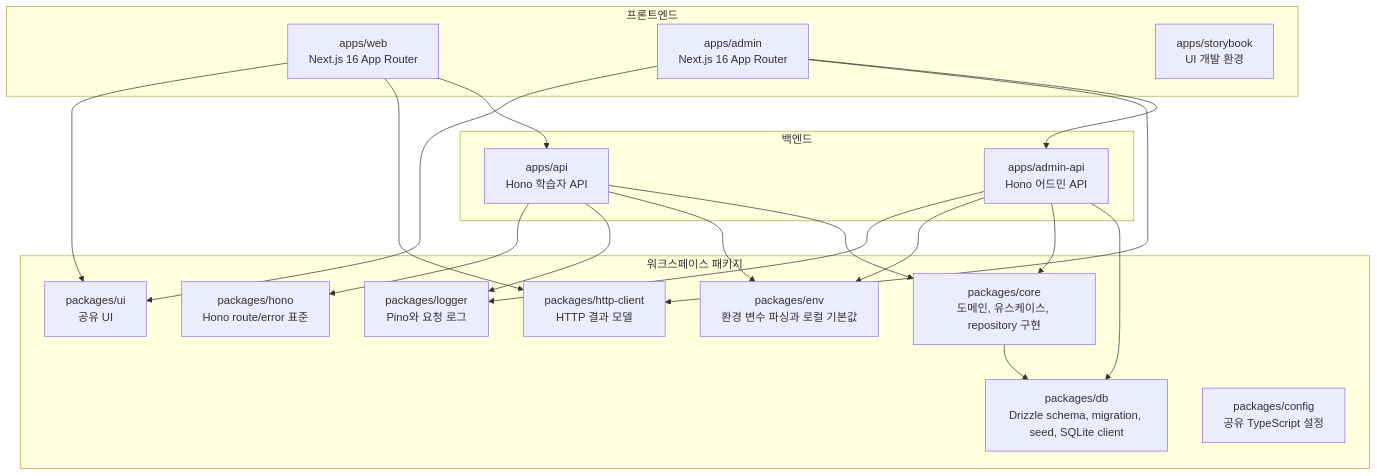
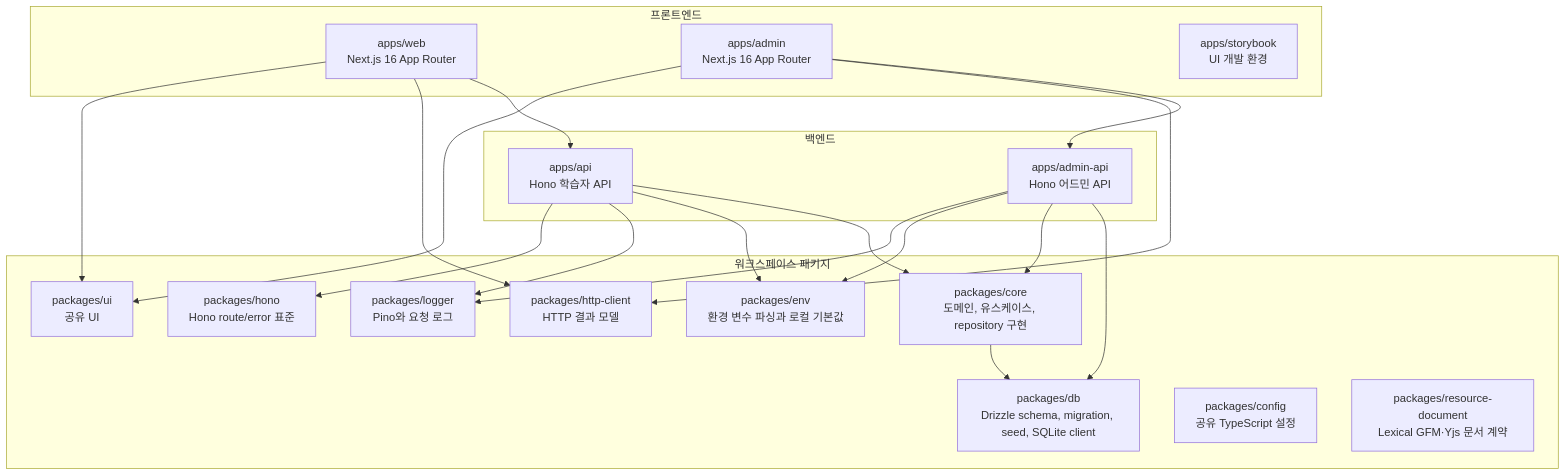
Before and after one commit to qaws7791/writing-app: the second of 2 diagrams in docs/engineering/system-overview.md, drawn with Mermaid. The commit also changed other lines of this file and 30 other files, not shown here.

````diff
--- a/docs/engineering/system-overview.md
+++ b/docs/engineering/system-overview.md
@@ -35,40 +35,41 @@
 ```mermaid
 flowchart TB
   subgraph frontend["프론트엔드"]
     web["apps/web\nNext.js 16 App Router"]
     admin["apps/admin\nNext.js 16 App Router"]
     storybook["apps/storybook\nUI 개발 환경"]
   end
 
   subgraph backend["백엔드"]
     api["apps/api\nHono 학습자 API"]
     adminApi["apps/admin-api\nHono 어드민 API"]
   end
 
   subgraph packages["워크스페이스 패키지"]
     core["packages/core\n도메인, 유스케이스, repository 구현"]
     dbpkg["packages/db\nDrizzle schema, migration, seed, SQLite client"]
     ui["packages/ui\n공유 UI"]
     config["packages/config\n공유 TypeScript 설정"]
     hono["packages/hono\nHono route/error 표준"]
     env["packages/env\n환경 변수 파싱과 로컬 기본값"]
     logger["packages/logger\nPino와 요청 로그"]
     httpClient["packages/http-client\nHTTP 결과 모델"]
+    resourceDocument["packages/resource-document\nLexical GFM·Yjs 문서 계약"]
   end
 
   web --> ui
   web --> httpClient
   web --> api
   admin --> ui
   admin --> httpClient
   admin --> adminApi
   api --> hono
   api --> logger
   api --> env
   api --> core
   adminApi --> logger
   adminApi --> env
   adminApi --> core
   adminApi --> dbpkg
   core --> dbpkg
 ```
````
